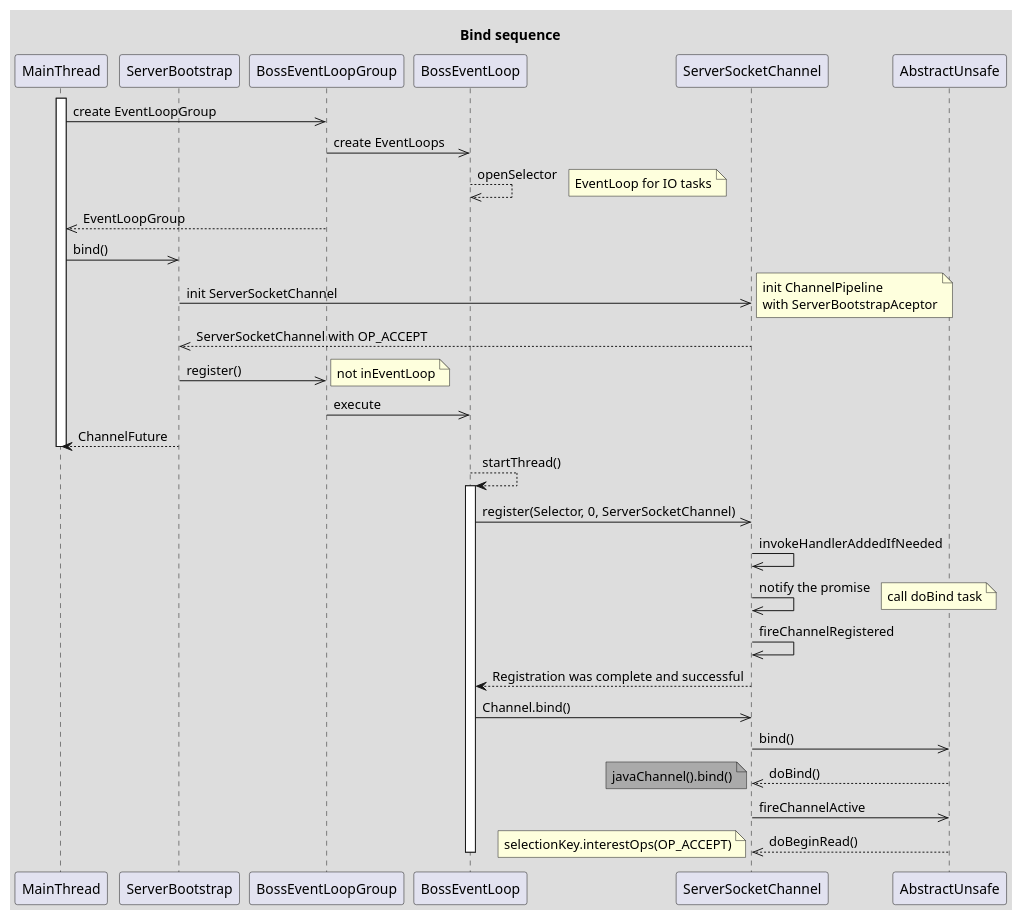
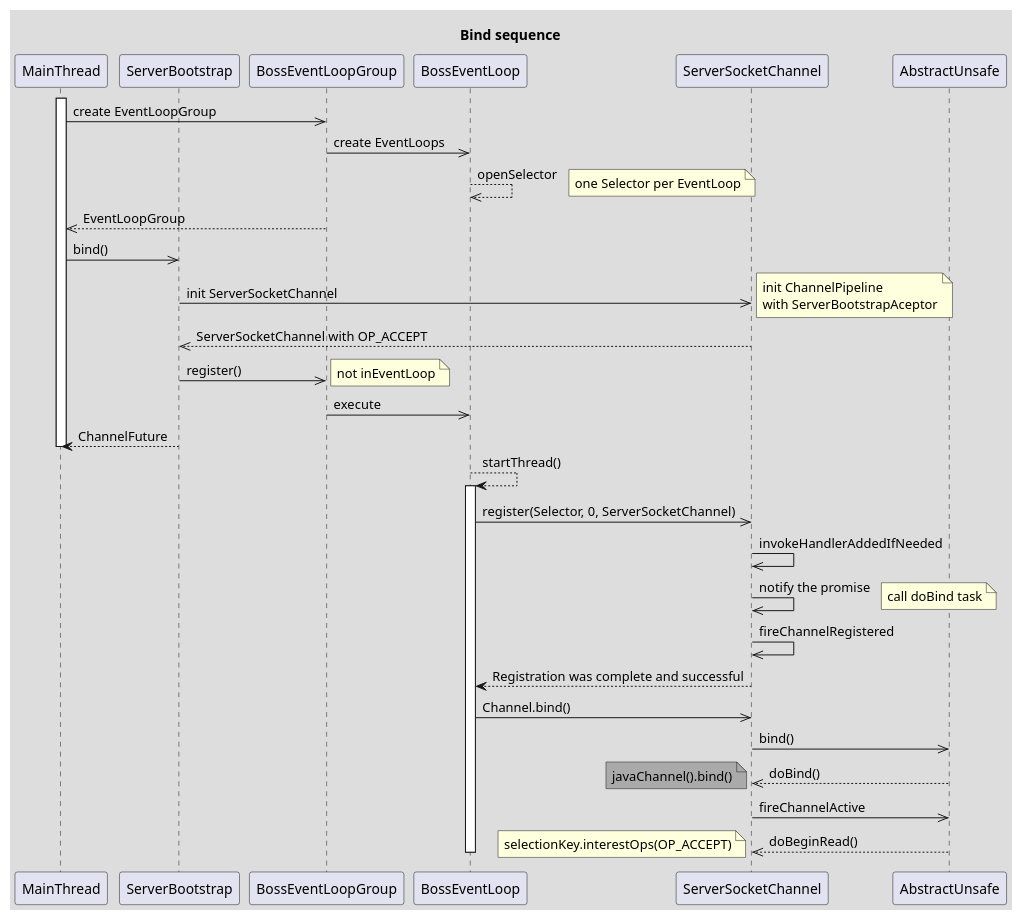
One commit to Robinpig/Note changed the first of 5 diagrams in docs/CS/Java/Netty/Netty.md. Above: the diagram before and after it, drawn with PlantUML. The commit also changed other lines of this file and 2 other files, not shown here.

````diff
--- a/docs/CS/Java/Netty/Netty.md
+++ b/docs/CS/Java/Netty/Netty.md
@@ -72,45 +72,45 @@
 ```plantuml
 skinparam backgroundColor #DDDDDD
 
 title: Bind sequence
 participant MainThread as ma
 participant ServerBootstrap as sb
 participant BossEventLoopGroup as we
 participant BossEventLoop as bl
 participant ServerSocketChannel as cc
 activate ma
 ma ->> we: create EventLoopGroup
 we ->> bl: create EventLoops
 bl -->> bl: openSelector
-note right: EventLoop for IO tasks
+note right: one Selector per EventLoop
 we -->> ma: EventLoopGroup
 ma ->> sb: bind()
 sb ->> cc: init ServerSocketChannel
 note right
 init ChannelPipeline 
 with ServerBootstrapAceptor
 end note
 cc -->> sb: ServerSocketChannel with OP_ACCEPT
 sb ->> we: register()
 note right: not inEventLoop
 we ->> bl: execute
 sb --> ma: ChannelFuture
 deactivate ma
 bl --> bl: startThread()
 activate bl
 bl ->> cc: register(Selector, 0, ServerSocketChannel)
 cc ->> cc: invokeHandlerAddedIfNeeded
 cc ->> cc: notify the promise
 note right: call doBind task
 cc ->> cc: fireChannelRegistered
 cc --> bl: Registration was complete and successful
 bl ->> cc: Channel.bind()
 participant AbstractUnsafe as au
 cc ->> au: bind()
 au -->> cc: doBind()
 note left #AAAAAA: javaChannel().bind()
 cc ->> au: fireChannelActive
 au -->> cc: doBeginRead()
 note left: selectionKey.interestOps(OP_ACCEPT)
 deactivate bl
 ```
````
